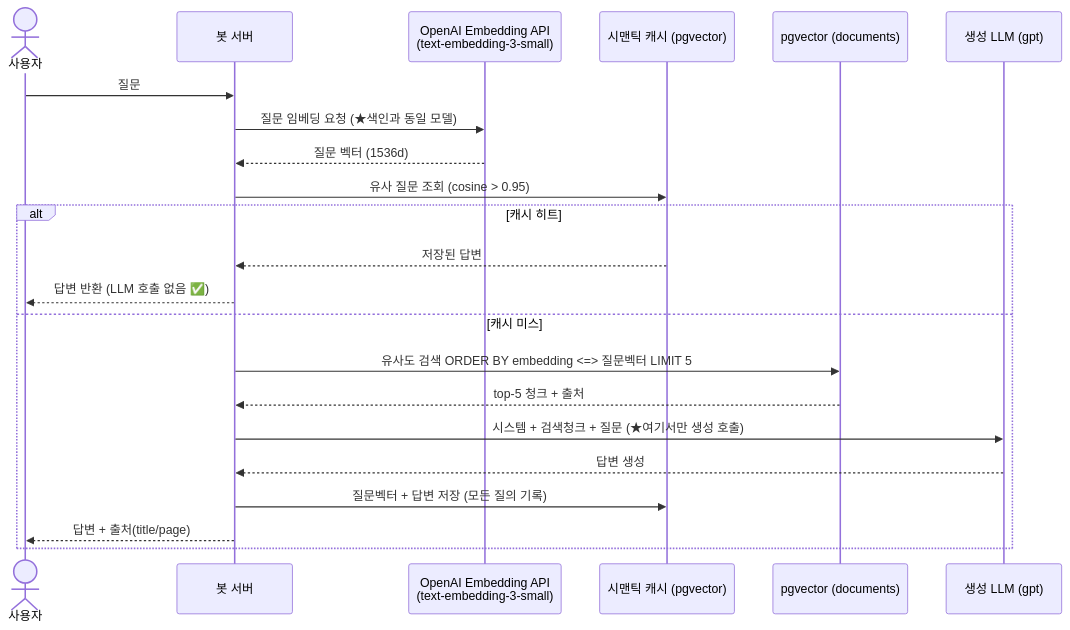
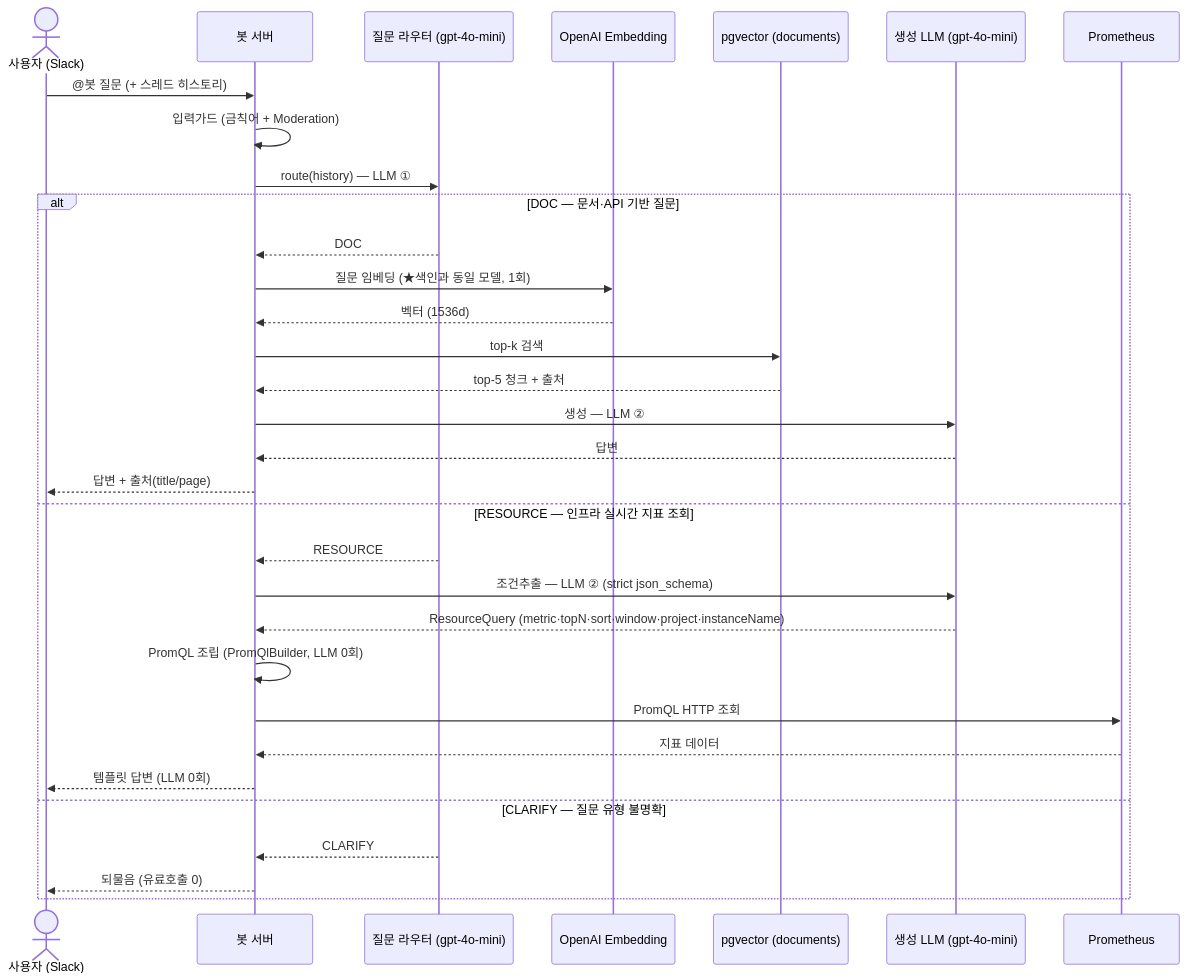
The diagram in README.md (ddongjunn/contrabass-rag), drawn with Mermaid before and after one commit. The commit also changed other lines of this file and 2 other files, not shown here.

````diff
--- a/README.md
+++ b/README.md
@@ -20,25 +23,36 @@
 ```mermaid
 sequenceDiagram
-    actor U as 사용자
+    actor U as 사용자 (Slack)
     participant B as 봇 서버
-    participant E as OpenAI Embedding API<br/>(text-embedding-3-small)
-    participant C as 시맨틱 캐시 (pgvector)
+    participant R as 질문 라우터 (gpt-4o-mini)
+    participant E as OpenAI Embedding
     participant D as pgvector (documents)
-    participant L as 생성 LLM (gpt)
+    participant L as 생성 LLM (gpt-4o-mini)
+    participant P as Prometheus
 
-    U->>B: 질문
-    B->>E: 질문 임베딩 요청 (★색인과 동일 모델)
-    E-->>B: 질문 벡터 (1536d)
-    B->>C: 유사 질문 조회 (cosine > 0.95)
-    alt 캐시 히트
-        C-->>B: 저장된 답변
-        B-->>U: 답변 반환 (LLM 호출 없음 ✅)
-    else 캐시 미스
-        B->>D: 유사도 검색 ORDER BY embedding <=> 질문벡터 LIMIT 5
+    U->>B: @봇 질문 (+ 스레드 히스토리)
+    B->>B: 입력가드 (금칙어 + Moderation)
+    B->>R: route(history) — LLM ①
+
+    alt DOC — 문서·API 기반 질문
+        R-->>B: DOC
+        B->>E: 질문 임베딩 (★색인과 동일 모델, 1회)
+        E-->>B: 벡터 (1536d)
+        B->>D: top-k 검색
         D-->>B: top-5 청크 + 출처
-        B->>L: 시스템 + 검색청크 + 질문 (★여기서만 생성 호출)
-        L-->>B: 답변 생성
-        B->>C: 질문벡터 + 답변 저장 (모든 질의 기록)
+        B->>L: 생성 — LLM ②
+        L-->>B: 답변
         B-->>U: 답변 + 출처(title/page)
+    else RESOURCE — 인프라 실시간 지표 조회
+        R-->>B: RESOURCE
+        B->>L: 조건추출 — LLM ② (strict json_schema)
+        L-->>B: ResourceQuery (metric·topN·sort·window·project·instanceName)
+        B->>B: PromQL 조립 (PromQlBuilder, LLM 0회)
+        B->>P: PromQL HTTP 조회
+        P-->>B: 지표 데이터
+        B-->>U: 템플릿 답변 (LLM 0회)
+    else CLARIFY — 질문 유형 불명확
+        R-->>B: CLARIFY
+        B-->>U: 되물음 (유료호출 0)
     end
 ```
````
